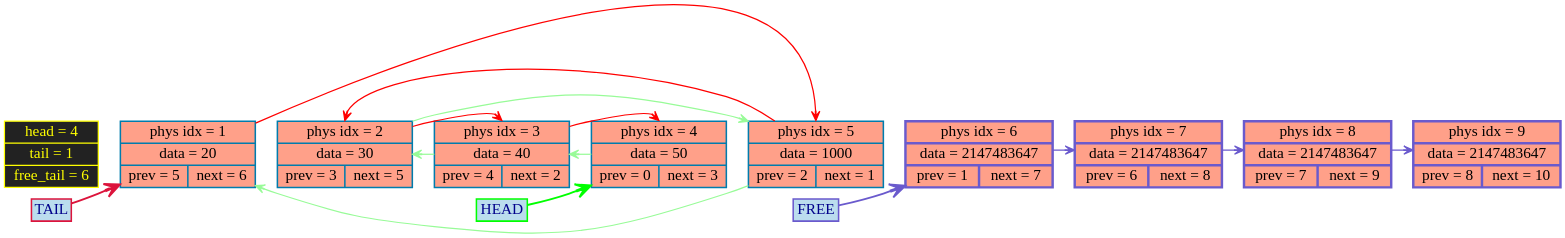
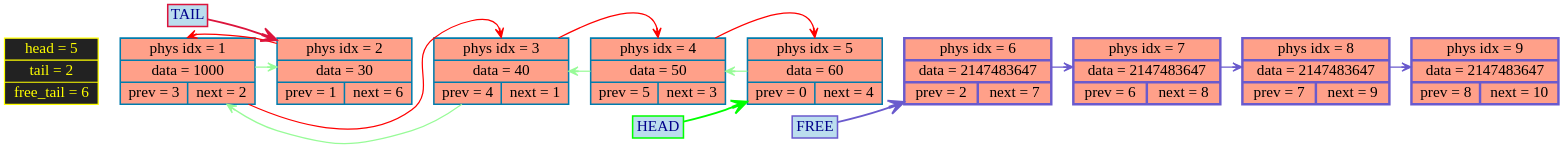
One commit to timoko3/list changed the diagram in graphDumps/graphDump.dot. Above: the diagram before and after it, drawn with Graphviz. The commit also changed 10 other files, not shown here.

```diff
--- a/graphDumps/graphDump.dot
+++ b/graphDumps/graphDump.dot
@@ -1,35 +1,35 @@
 digraph G {
 rankdir=LR
 bgcolor="transparent"
 	node [shape=record, style="filled", fillcolor="#FFA089", fontcolor="black", color="#007CAD", penwidth=2.5, fontname="Tahoma", fontsize=25];
 
 edge [color="#2d714f", arrowsize=1, penwidth=5, arrowhead="vee", style="bold"];
-node0 [label="head = 4 | tail = 1 | free_tail = 6", shape=record, style="filled", fillcolor="#222222", fontcolor="yellow", color="yellow", penwidth=2];
-	node1 [label="phys idx = 1 | data = 20 | {prev = 5 | next = 6} "];
-	node2 [label="phys idx = 2 | data = 30 | {prev = 3 | next = 5} "];
-	node3 [label="phys idx = 3 | data = 40 | {prev = 4 | next = 2} "];
-	node4 [label="phys idx = 4 | data = 50 | {prev = 0 | next = 3} "];
-	node5 [label="phys idx = 5 | data = 1000 | {prev = 2 | next = 1} "];
-	node6 [label="phys idx = 6 | data = 2147483647 | {prev = 1 | next = 7} "];
+node0 [label="head = 5 | tail = 2 | free_tail = 6", shape=record, style="filled", fillcolor="#222222", fontcolor="yellow", color="yellow", penwidth=2];
+	node1 [label="phys idx = 1 | data = 1000 | {prev = 3 | next = 2} "];
+	node2 [label="phys idx = 2 | data = 30 | {prev = 1 | next = 6} "];
+	node3 [label="phys idx = 3 | data = 40 | {prev = 4 | next = 1} "];
+	node4 [label="phys idx = 4 | data = 50 | {prev = 5 | next = 3} "];
+	node5 [label="phys idx = 5 | data = 60 | {prev = 0 | next = 4} "];
+	node6 [label="phys idx = 6 | data = 2147483647 | {prev = 2 | next = 7} "];
 	node7 [label="phys idx = 7 | data = 2147483647 | {prev = 6 | next = 8} "];
 	node8 [label="phys idx = 8 | data = 2147483647 | {prev = 7 | next = 9} "];
 	node9 [label="phys idx = 9 | data = 2147483647 | {prev = 8 | next = 10} "];
 
 head_label      [shape=box, label="HEAD", style="filled", fillcolor="#BBDDEE", color="lime", fontcolor="darkblue"];
 tail_label      [shape=box, label="TAIL", style="filled", fillcolor="#BBDDEE", color="#DC143C",   fontcolor="darkblue"];
 free_head_label [shape=box, label="FREE", style="filled", fillcolor="#BBDDEE", color="#6A5ACD",   fontcolor="darkblue"];
-head_label      -> node4 [color="lime", arrowsize=2.5, penwidth=3];
-tail_label      -> node1 [color="#DC143C"  , arrowsize=2.5, penwidth=3];
+head_label      -> node5 [color="lime", arrowsize=2.5, penwidth=3];
+tail_label      -> node2 [color="#DC143C"  , arrowsize=2.5, penwidth=3];
 free_head_label -> node6 [color="#6A5ACD"  , arrowsize=2.5, penwidth=3];
 node0 -> node1[style=invis, weight = 100000]	node1 -> node2 -> node3 -> node4 -> node5 -> node6 -> node7 -> node8 -> node9[style=invis, weight=1000000];
-	node4 -> node3 -> node2 -> node5 -> node1[color="#98FB98", arrowsize=1.5, penwidth=2, weight=100000];
+	node5 -> node4 -> node3 -> node1 -> node2[color="#98FB98", arrowsize=1.5, penwidth=2, weight=100000];
 
 	node6 -> node7 -> node8 -> node9[color="#6A5ACD", arrowsize=1.5, penwidth=2, weight=100000];
 
 	node6[color = "#6A5ACD", penwidth=4];
 	node7[color = "#6A5ACD", penwidth=4];
 	node8[color = "#6A5ACD", penwidth=4];
 	node9[color = "#6A5ACD", penwidth=4];
-node1 -> node5 -> node2 -> node3 -> node4[color="red", arrowsize=1.5, penwidth=2, weight=100000, headport=n];
+node2 -> node1 -> node3 -> node4 -> node5[color="red", arrowsize=1.5, penwidth=2, weight=100000, headport=n];
 
 }
```
